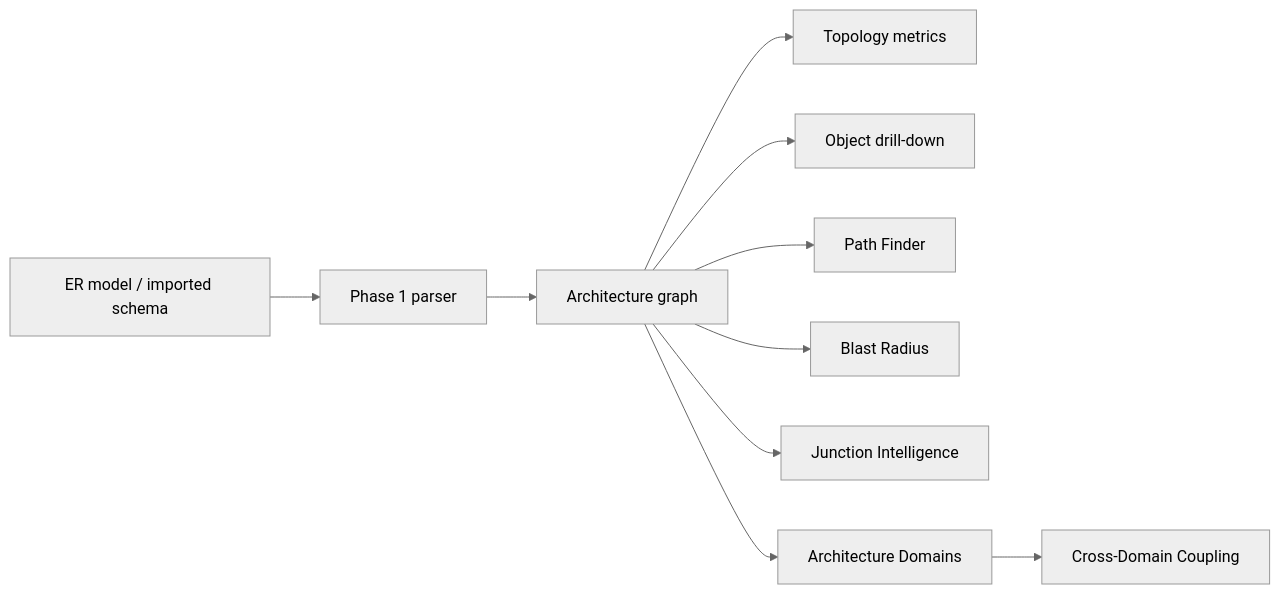
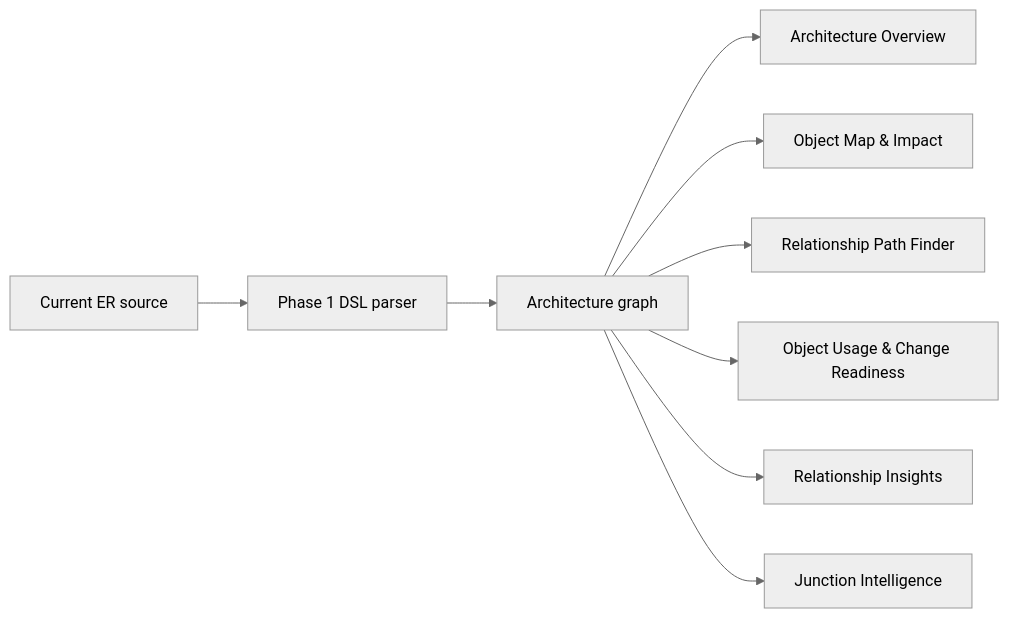
One commit to vikascohen/Salesforce-ER-Modeller-Studio changed the first of 2 diagrams in README.md. Above: the diagram before and after it, drawn with Mermaid (neutral theme). The commit also changed other lines of this file, not shown here.

Commit message:
Phase 2: refresh README for current Architecture Intelligence features

````diff
--- a/README.md
+++ b/README.md
@@ -76,12 +106,11 @@
-```mermaid
+~~~mermaid
 flowchart LR
-    DSL["ER model / imported schema"] --> PARSE["Phase 1 parser"]
-    PARSE --> GRAPH["Architecture graph"]
-    GRAPH --> METRICS["Topology metrics"]
-    GRAPH --> DRILL["Object drill-down"]
-    GRAPH --> PATH["Path Finder"]
-    GRAPH --> BLAST["Blast Radius"]
+    DSL["Current ER source"] --> PARSER["Phase 1 DSL parser"]
+    PARSER --> GRAPH["Architecture graph"]
+    GRAPH --> OVERVIEW["Architecture Overview"]
+    GRAPH --> MAP["Object Map & Impact"]
+    GRAPH --> PATH["Relationship Path Finder"]
+    GRAPH --> USAGE["Object Usage & Change Readiness"]
+    GRAPH --> REL["Relationship Insights"]
     GRAPH --> JUNCTION["Junction Intelligence"]
-    GRAPH --> DOMAIN["Architecture Domains"]
-    DOMAIN --> COUPLING["Cross-Domain Coupling"]
-```
+~~~
````
